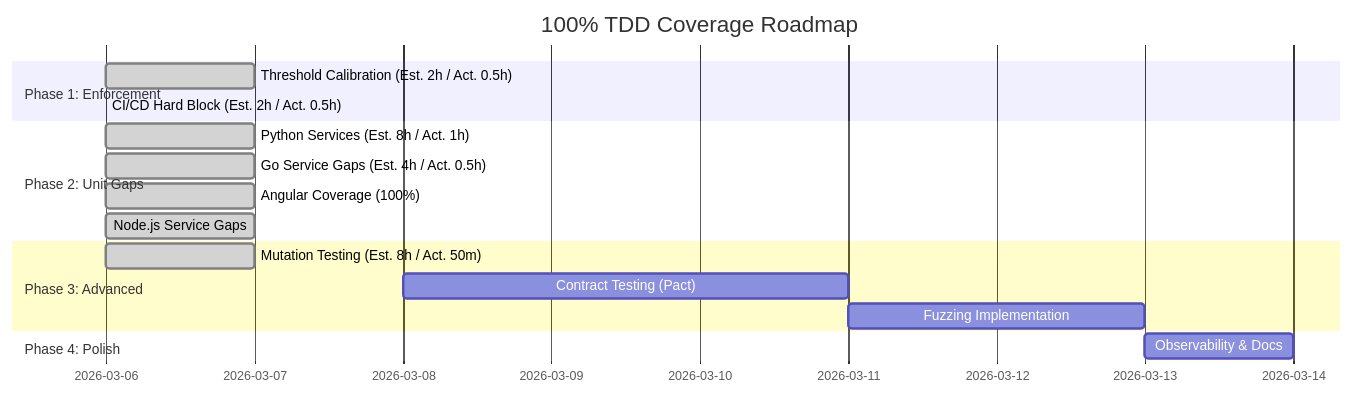
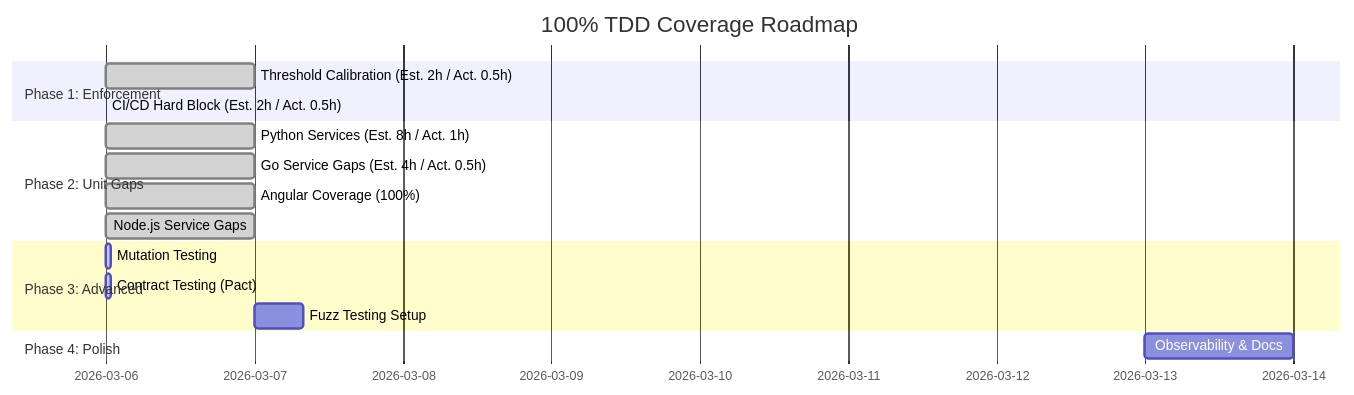
One commit to sergioitremotejobs2025-sketch/GreenHouse_Arduino changed the diagram in Timeline.md. Above: the diagram before and after it, drawn with Mermaid. The commit also changed other lines of this file and 20 other files, not shown here.

Commit message:
Phase 3: Completed Contract Testing (Pact) for Auth, Measure, and Microcontrollers microservices

````diff
--- a/Timeline.md
+++ b/Timeline.md
@@ -50,22 +51,22 @@
 ```mermaid
 gantt
     title 100% TDD Coverage Roadmap
     dateFormat  YYYY-MM-DD
     section Phase 1: Enforcement
     Threshold Calibration (Est. 2h / Act. 0.5h)      :done, a1, 2026-03-06, 1d
     CI/CD Hard Block (Est. 2h / Act. 0.5h) :done, a2, 2026-03-06, 0d
     
     section Phase 2: Unit Gaps
     Python Services (Est. 8h / Act. 1h) :done, p1, 2026-03-06, 1d
     Go Service Gaps (Est. 4h / Act. 0.5h) :done, g1, 2026-03-06, 1d
     Angular Coverage (100%)    :done, a2, 2026-03-06, 1d
     Node.js Service Gaps       :done, a3, 2026-03-06, 1d
     
     section Phase 3: Advanced
-    Mutation Testing (Est. 8h / Act. 50m)     :done, a5, 2026-03-06, 1d
-    Contract Testing (Pact)    :a6, 2026-03-08, 3d
-    Fuzzing Implementation    :a7, 2026-03-11, 2d
+    Mutation Testing         :active, mut, 2026-03-06, 50m
+    Contract Testing (Pact)  :active, pact, 2026-03-06, 50m
+    Fuzz Testing Setup       :fuzz, 2026-03-07, 8h
     
     section Phase 4: Polish
     Observability & Docs       :a8, 2026-03-13, 1d
 ```
````
